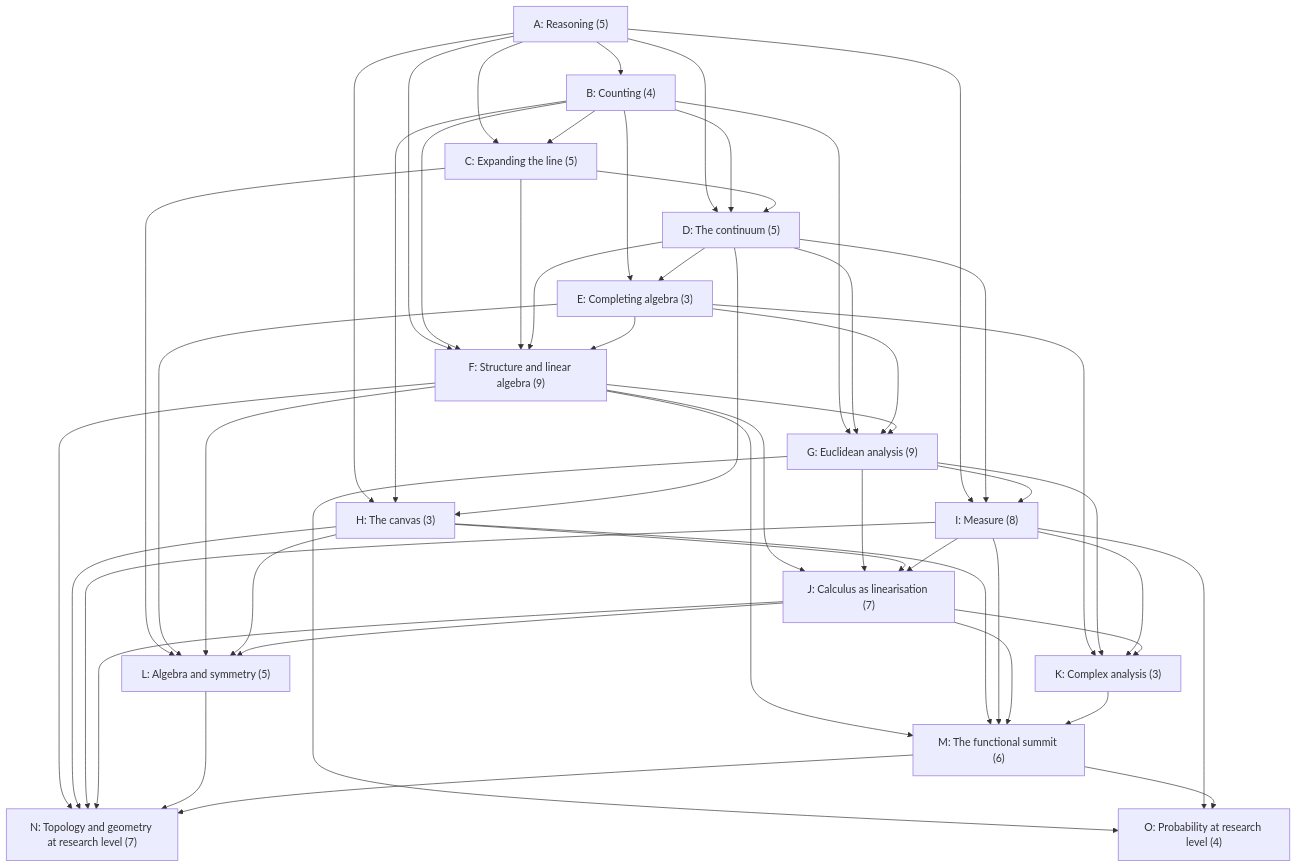
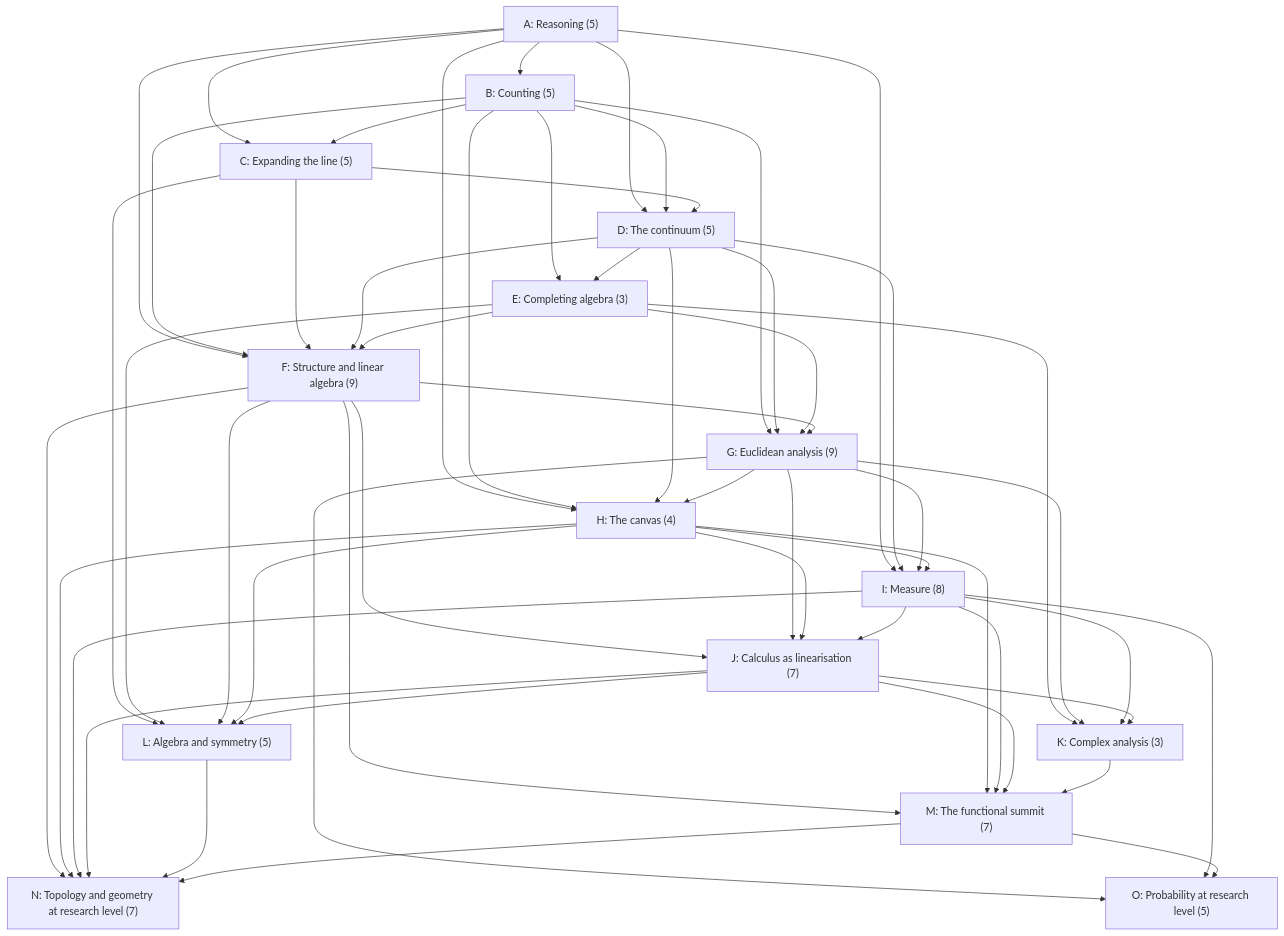
One commit to WyattAu/starlight-sites changed the diagram in sites/mathematics/src/content/docs/17-core-course/index.md. Above: the diagram before and after it, drawn with Mermaid. The commit also changed other lines of this file and 5 other files, not shown here.

````diff
--- a/sites/mathematics/src/content/docs/17-core-course/index.md
+++ b/sites/mathematics/src/content/docs/17-core-course/index.md
@@ -53,68 +53,70 @@
 ```mermaid
 graph TD
     A["A: Reasoning (5)"]
-    B["B: Counting (4)"]
+    B["B: Counting (5)"]
     C["C: Expanding the line (5)"]
     D["D: The continuum (5)"]
     E["E: Completing algebra (3)"]
     F["F: Structure and linear algebra (9)"]
     G["G: Euclidean analysis (9)"]
-    H["H: The canvas (3)"]
+    H["H: The canvas (4)"]
     I["I: Measure (8)"]
     J["J: Calculus as linearisation (7)"]
     K["K: Complex analysis (3)"]
     L["L: Algebra and symmetry (5)"]
-    M["M: The functional summit (6)"]
+    M["M: The functional summit (7)"]
     N["N: Topology and geometry at research level (7)"]
-    O["O: Probability at research level (4)"]
+    O["O: Probability at research level (5)"]
     A --> B
     A --> C
     A --> D
     A --> F
     A --> H
     A --> I
     B --> C
     B --> D
     B --> E
     B --> F
     B --> G
     B --> H
     C --> D
     C --> F
     C --> L
     D --> E
     D --> F
     D --> G
     D --> H
     D --> I
     E --> F
     E --> G
     E --> K
     E --> L
     F --> G
     F --> J
     F --> L
     F --> M
     F --> N
+    G --> H
     G --> I
     G --> J
     G --> K
     G --> O
+    H --> I
     H --> J
     H --> L
     H --> M
     H --> N
     I --> J
     I --> K
     I --> M
     I --> N
     I --> O
     J --> K
     J --> L
     J --> M
     J --> N
     K --> M
     L --> N
     M --> N
     M --> O
 ```
````
